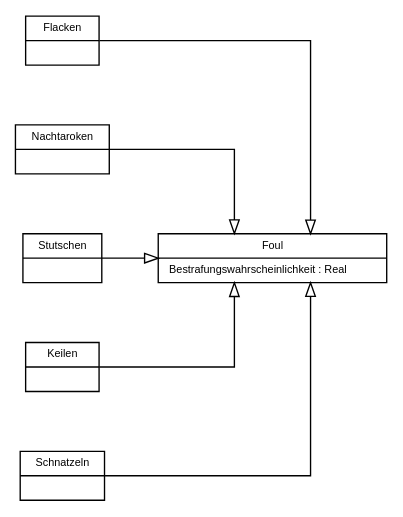
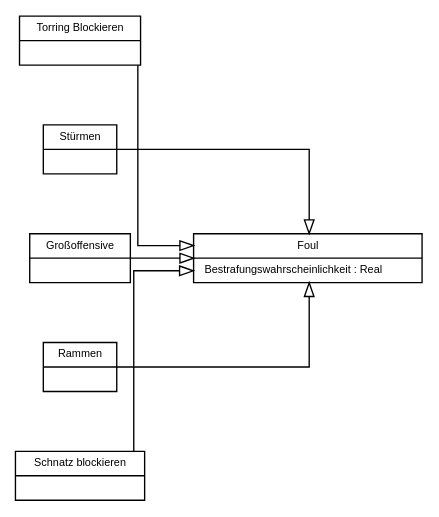
The diagram in Meilenstein01/foul.dot (SoPra-Team-10/SopraGruppe10), drawn with Graphviz before and after one commit. The commit also changed 1 other file, not shown here.

```diff
--- a/Meilenstein01/foul.dot
+++ b/Meilenstein01/foul.dot
@@ -1,50 +1,50 @@
 digraph G {
     fontname = "Helvetica"
     fontsize = 8
     rankdir="LR";
     nodesep = "0.6"
     splines=ortho
 
     node [
         fontname = "Helvetica"
         fontsize = 8
         shape = "record"
     ]
 
     edge [
         fontname = "Helvetica"
         fontsize = 8
         arrowhead = "onormal"
         labeldistance = 2
     ]
 
     Foul [
         label = "Foul|Bestrafungswahrscheinlichkeit : Real\l"
     ]
     
     Flacken [
-        label = "Flacken|"
+        label = "Torring Blockieren|"
     ]
 
     Nachtaroken [
-        label = "Nachtaroken|"
+        label = "Stürmen|"
     ]
 
     Stutschen [
-        label = "Stutschen|"
+        label = "Großoffensive|"
     ]
 
     Keilen [
-        label = "Keilen|"
+        label = "Rammen|"
     ]
 
     Schnatzeln [
-        label = "Schnatzeln|"
+        label = "Schnatz blockieren|"
     ]
 
     Flacken -> Foul
     Nachtaroken -> Foul
     Stutschen -> Foul
     Keilen -> Foul
     Schnatzeln -> Foul
 }    
```
